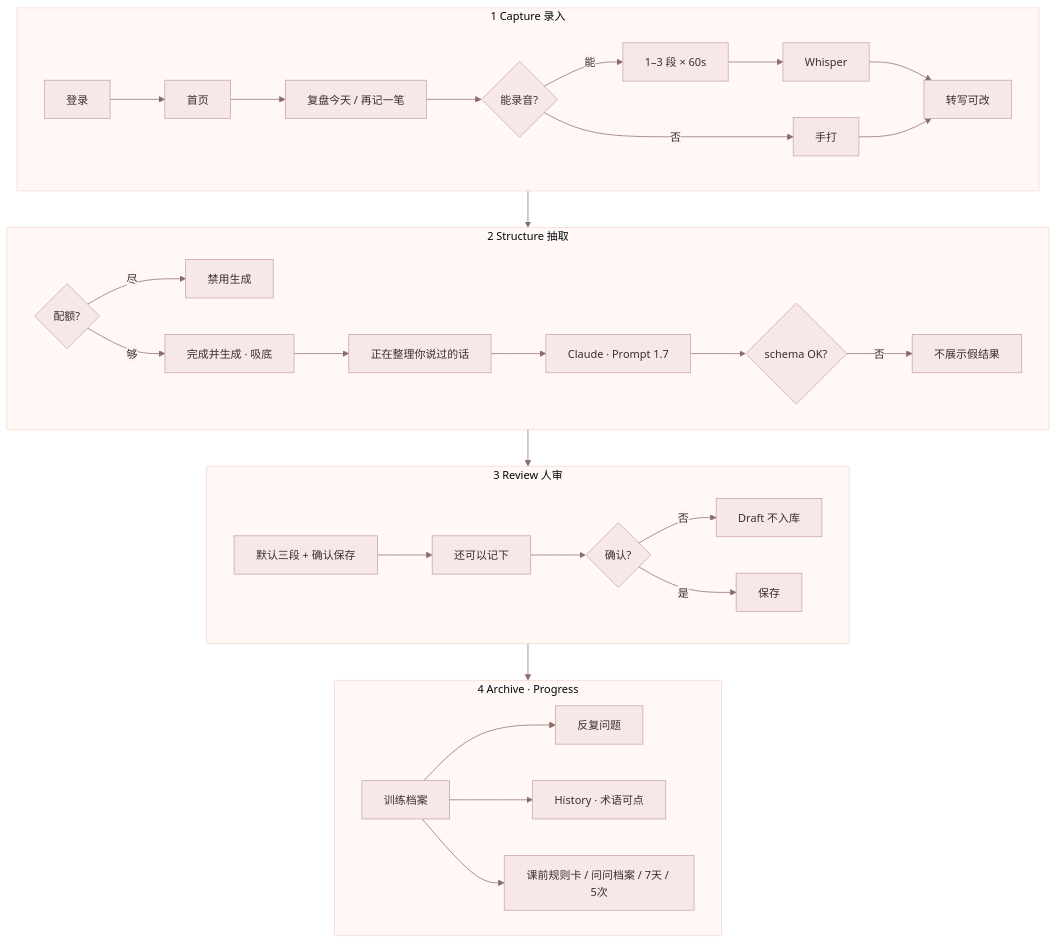
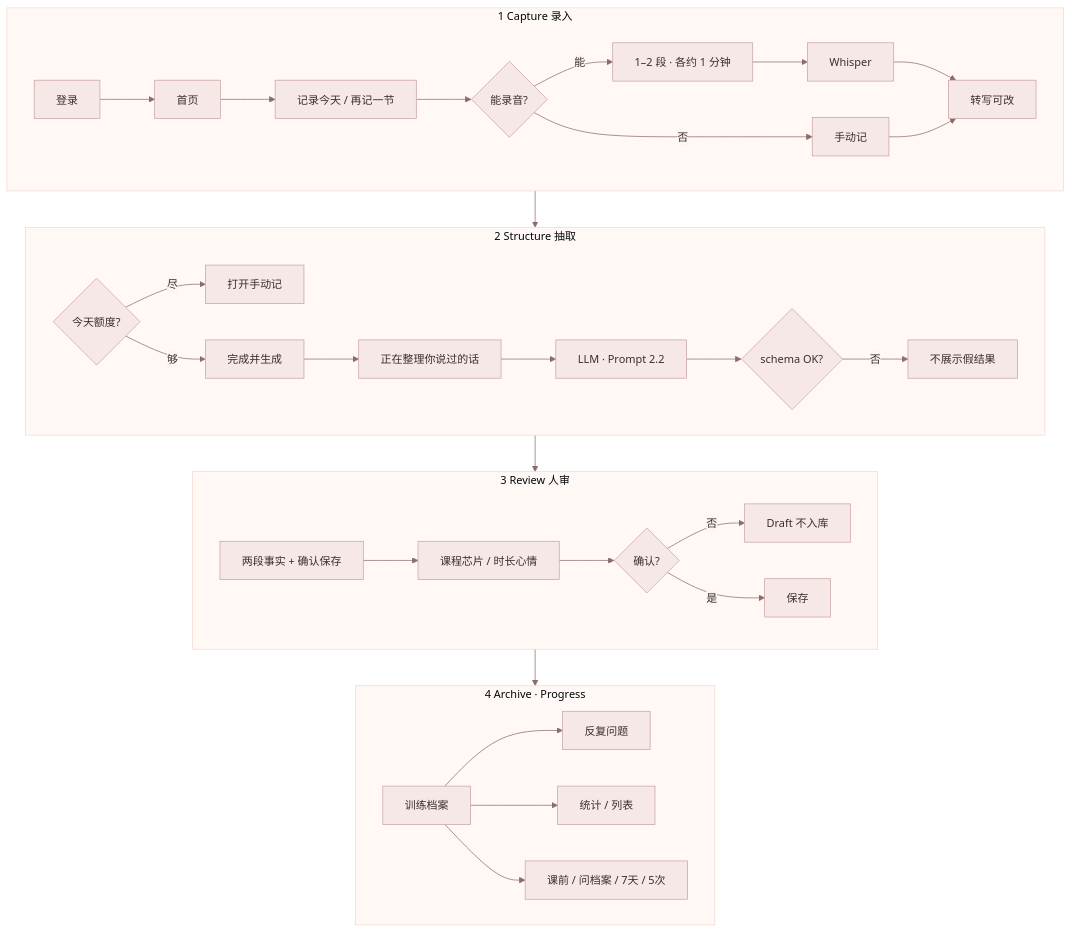
The diagram in docs/pm_docs/2.0_user_flow_landscape.mmd (zuoyingchang/balletmind-app), drawn with Mermaid before and after one commit. The commit also changed 26 other files, not shown here.

Commit message:
Update 2.0 docs and flow diagrams; add a rule not to commit or push without asking.

```diff
--- a/docs/pm_docs/2.0_user_flow_landscape.mmd
+++ b/docs/pm_docs/2.0_user_flow_landscape.mmd
@@ -1,40 +1,40 @@
 %%{init: {'theme':'base', 'themeVariables': { 'primaryColor':'#F7E8E8','primaryTextColor':'#3D2C2C','primaryBorderColor':'#C9A3A3','lineColor':'#8B6B6B','secondaryColor':'#FBF6F1','tertiaryColor':'#FFF8F5','fontFamily':'PingFang SC, Noto Sans SC, sans-serif','fontSize':'15px'}}}%%
 flowchart TB
   subgraph CAPTURE["1 Capture 录入"]
     direction LR
     A[登录] --> B[首页]
-    B --> C[复盘今天 / 再记一笔]
+    B --> C[记录今天 / 再记一节]
     C --> D{能录音?}
-    D -->|能| E[1–3 段 × 60s]
-    D -->|否| F[手打]
+    D -->|能| E[1–2 段 · 各约 1 分钟]
+    D -->|否| F[手动记]
     E --> G[Whisper]
     G --> I[转写可改]
     F --> I
   end
 
   subgraph STRUCT["2 Structure 抽取"]
     direction LR
-    L{配额?} -->|尽| M[禁用生成]
-    L -->|够| N[完成并生成 · 吸底]
+    L{今天额度?} -->|尽| M[打开手动记]
+    L -->|够| N[完成并生成]
     N --> N1[正在整理你说过的话]
-    N1 --> O[Claude · Prompt 1.7]
+    N1 --> O[LLM · Prompt 2.2]
     O --> P{schema OK?}
     P -->|否| Q[不展示假结果]
   end
 
   subgraph HITL["3 Review 人审"]
     direction LR
-    S[默认三段 + 确认保存] --> S1[还可以记下]
+    S[两段事实 + 确认保存] --> S1[课程芯片 / 时长心情]
     S1 --> T{确认?}
     T -->|否| U[Draft 不入库]
     T -->|是| V[保存]
   end
 
   subgraph MEM["4 Archive · Progress"]
     direction LR
     W[训练档案] --> X[反复问题]
-    W --> Y[History · 术语可点]
-    W --> Z[课前规则卡 / 问问档案 / 7天 / 5次]
+    W --> Y[统计 / 列表]
+    W --> Z[课前 / 问档案 / 7天 / 5次]
   end
 
   CAPTURE --> STRUCT --> HITL --> MEM
```
